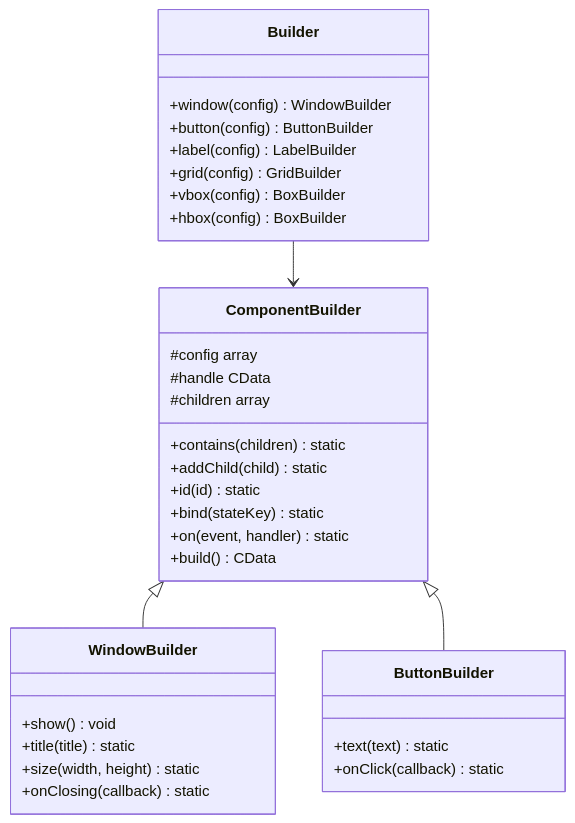
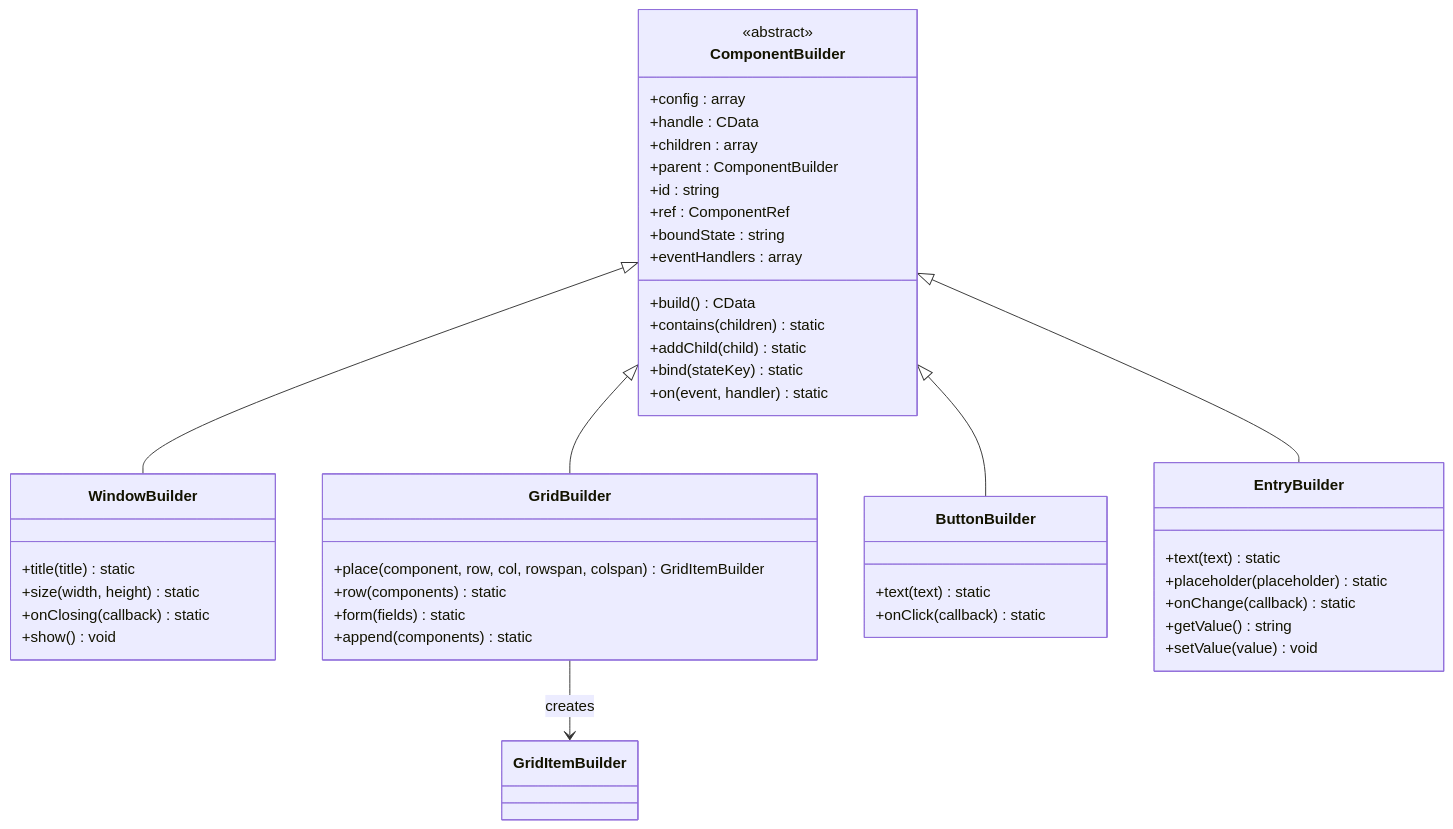
One commit to yangweijie/libuiBuilder changed the sixth of 13 diagrams in .qoder/repowiki/zh/content/项目概述.md. Above: the diagram before and after it, drawn with Mermaid. The commit also changed other lines of this file and 126 other files, not shown here.

````diff
--- a/.qoder/repowiki/zh/content/项目概述.md
+++ b/.qoder/repowiki/zh/content/项目概述.md
@@ -118,35 +269,47 @@
 ```mermaid
 classDiagram
-class Builder {
-+window(config) WindowBuilder
-+button(config) ButtonBuilder
-+label(config) LabelBuilder
-+grid(config) GridBuilder
-+vbox(config) BoxBuilder
-+hbox(config) BoxBuilder
-}
 class ComponentBuilder {
-#config array
-#handle CData
-#children array
+<<abstract>>
++config : array
++handle : CData
++children : array
++parent : ComponentBuilder
++id : string
++ref : ComponentRef
++boundState : string
++eventHandlers : array
++build() CData
 +contains(children) static
 +addChild(child) static
-+id(id) static
 +bind(stateKey) static
 +on(event, handler) static
-+build() CData
 }
 class WindowBuilder {
-+show() void
 +title(title) static
 +size(width, height) static
 +onClosing(callback) static
++show() void
+}
+class GridBuilder {
++place(component, row, col, rowspan, colspan) GridItemBuilder
++row(components) static
++form(fields) static
++append(components) static
 }
 class ButtonBuilder {
 +text(text) static
 +onClick(callback) static
 }
-Builder --> ComponentBuilder
+class EntryBuilder {
++text(text) static
++placeholder(placeholder) static
++onChange(callback) static
++getValue() string
++setValue(value) void
+}
 ComponentBuilder <|-- WindowBuilder
+ComponentBuilder <|-- GridBuilder
 ComponentBuilder <|-- ButtonBuilder
+ComponentBuilder <|-- EntryBuilder
+GridBuilder --> GridItemBuilder : creates
 ```
````
